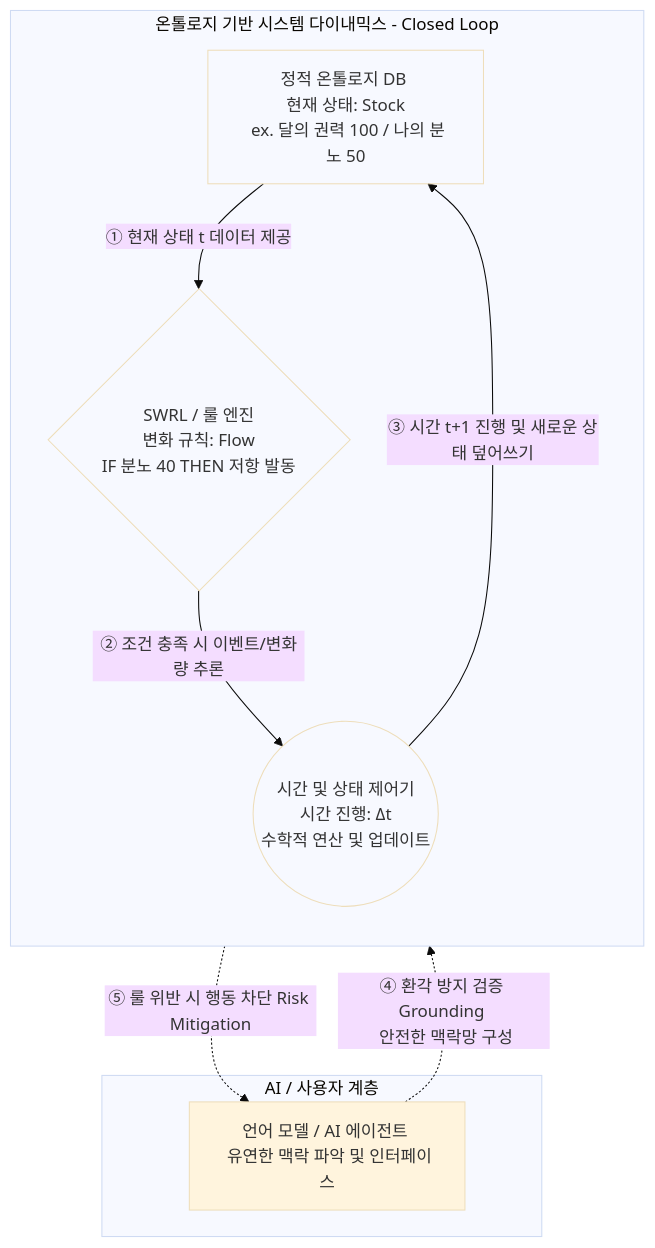
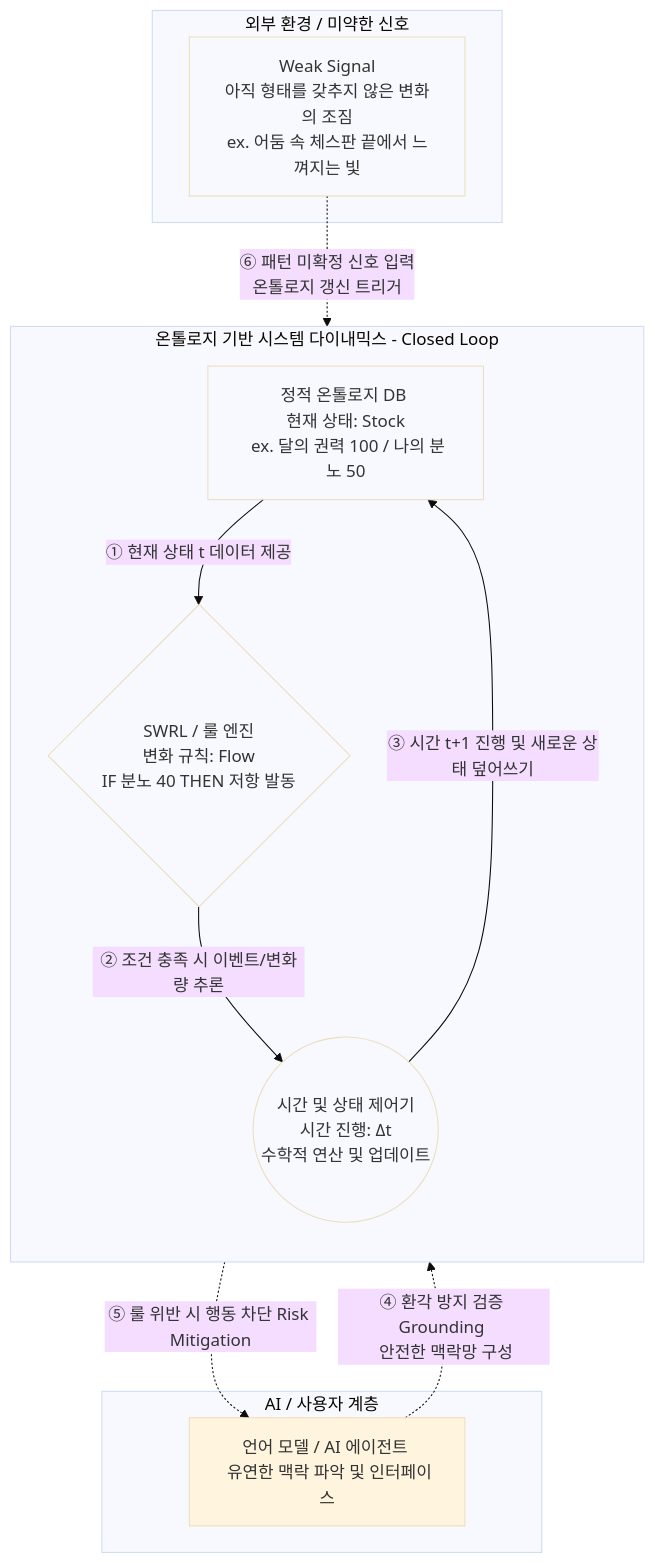
The first of 3 diagrams in index.md (hamnYK/eduContextOn), drawn with Mermaid (base theme) before and after one commit.

Commit message:
docs: update content and navigation links in the main index file

```diff
--- a/index.md
+++ b/index.md
@@ -480,26 +480,35 @@
       <div class="mermaid">
 graph TD
+    subgraph External_Signal [외부 환경 / 미약한 신호]
+        WeakSignal[Weak Signal<br>아직 형태를 갖추지 않은 변화의 조짐<br>ex. 어둠 속 체스판 끝에서 느껴지는 빛]
+    end
+
     subgraph Integrated_SD_System [온톨로지 기반 시스템 다이내믹스 - Closed Loop]
         direction TB
         
         Ontology[정적 온톨로지 DB <br> 현재 상태: Stock <br> ex. 달의 권력 100 / 나의 분노 50]
         RuleEngine{SWRL / 룰 엔진 <br> 변화 규칙: Flow <br> IF 분노 40 THEN 저항 발동}
         TimeController((시간 및 상태 제어기 <br> 시간 진행: Δt <br> 수학적 연산 및 업데이트))
         
         Ontology -- ① 현재 상태 t 데이터 제공 --> RuleEngine
         RuleEngine -- ② 조건 충족 시 이벤트/변화량 추론 --> TimeController
         TimeController -- ③ 시간 t+1 진행 및 새로운 상태 덮어쓰기 --> Ontology
     end
 
     subgraph LLM_Interface [AI / 사용자 계층]
         LLM[언어 모델 / AI 에이전트 <br> 유연한 맥락 파악 및 인터페이스]
     end
 
+    %% Weak Signal → Ontology (외부 신호 입력)
+    WeakSignal -.->|⑥ 패턴 미확정 신호 입력 <br> 온톨로지 갱신 트리거| Ontology
+
     %% Guardrail Connection
     LLM -.->|④ 환각 방지 검증 Grounding <br> 안전한 맥락망 구성| Ontology
     TimeController -.->|⑤ 룰 위반 시 행동 차단 Risk Mitigation| LLM
 
     style Ontology fill:none
     style RuleEngine fill:none
     style TimeController fill:none
+    style WeakSignal fill:none
+
       </div>
```
